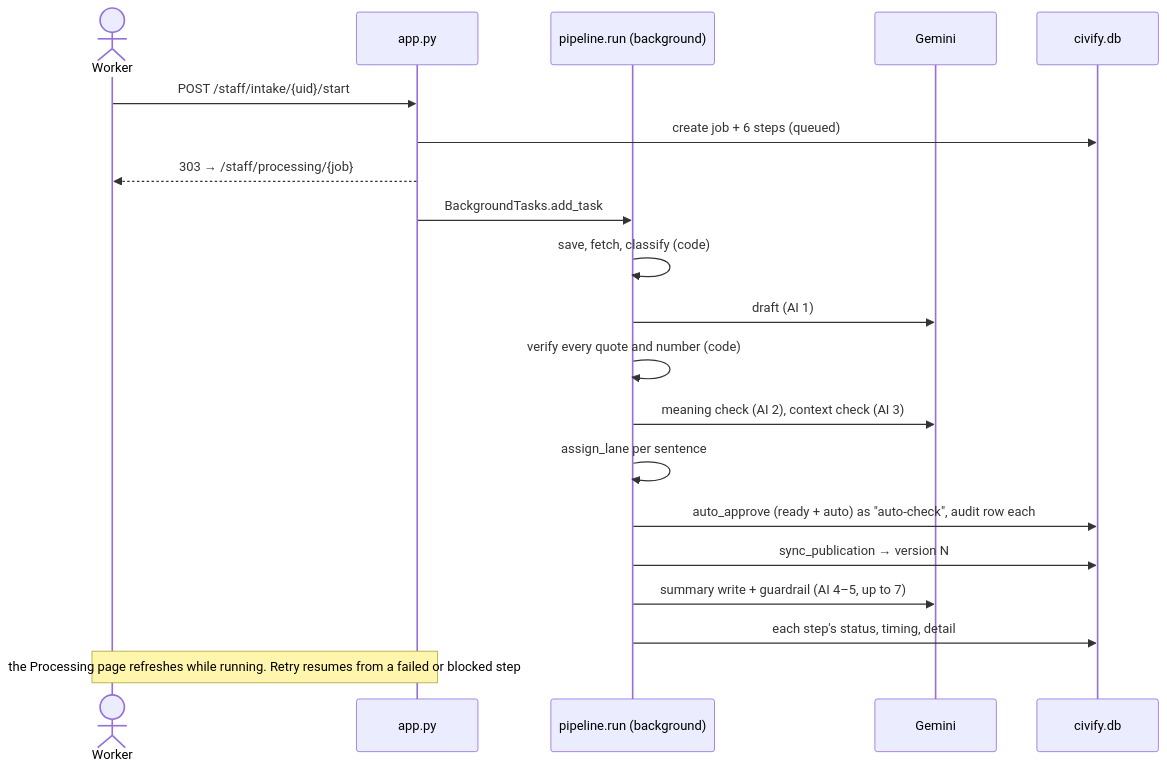
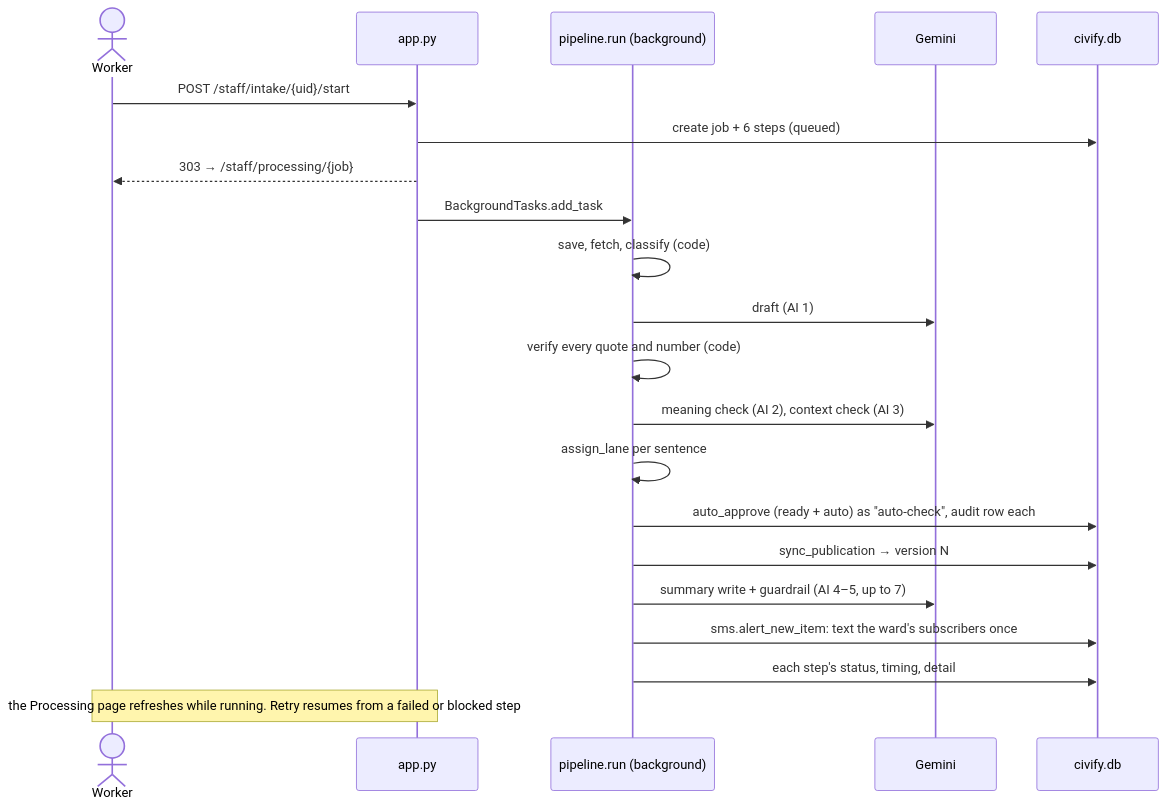
Before and after one commit to opkirat/Civify: the sixth of 7 diagrams in docs/architecture.md, drawn with Mermaid. The commit also changed other lines of this file and 12 other files, not shown here.

Commit message:
Text alerts go out automatically: catch-up on sign-up, ward alert when an item first goes live, city-wide items to everyone

````diff
--- a/docs/architecture.md
+++ b/docs/architecture.md
@@ -276,22 +277,23 @@
 ```mermaid
 sequenceDiagram
   actor W as Worker
   participant A as app.py
   participant P as pipeline.run (background)
   participant G as Gemini
   participant DB as civify.db
   W->>A: POST /staff/intake/{uid}/start
   A->>DB: create job + 6 steps (queued)
   A-->>W: 303 → /staff/processing/{job}
   A->>P: BackgroundTasks.add_task
   P->>P: save, fetch, classify (code)
   P->>G: draft (AI 1)
   P->>P: verify every quote and number (code)
   P->>G: meaning check (AI 2), context check (AI 3)
   P->>P: assign_lane per sentence
   P->>DB: auto_approve (ready + auto) as "auto-check", audit row each
   P->>DB: sync_publication → version N
   P->>G: summary write + guardrail (AI 4–5, up to 7)
+  P->>DB: sms.alert_new_item: text the ward's subscribers once
   P->>DB: each step's status, timing, detail
   Note over W,A: the Processing page refreshes while running. Retry resumes from a failed or blocked step
 ```
````
